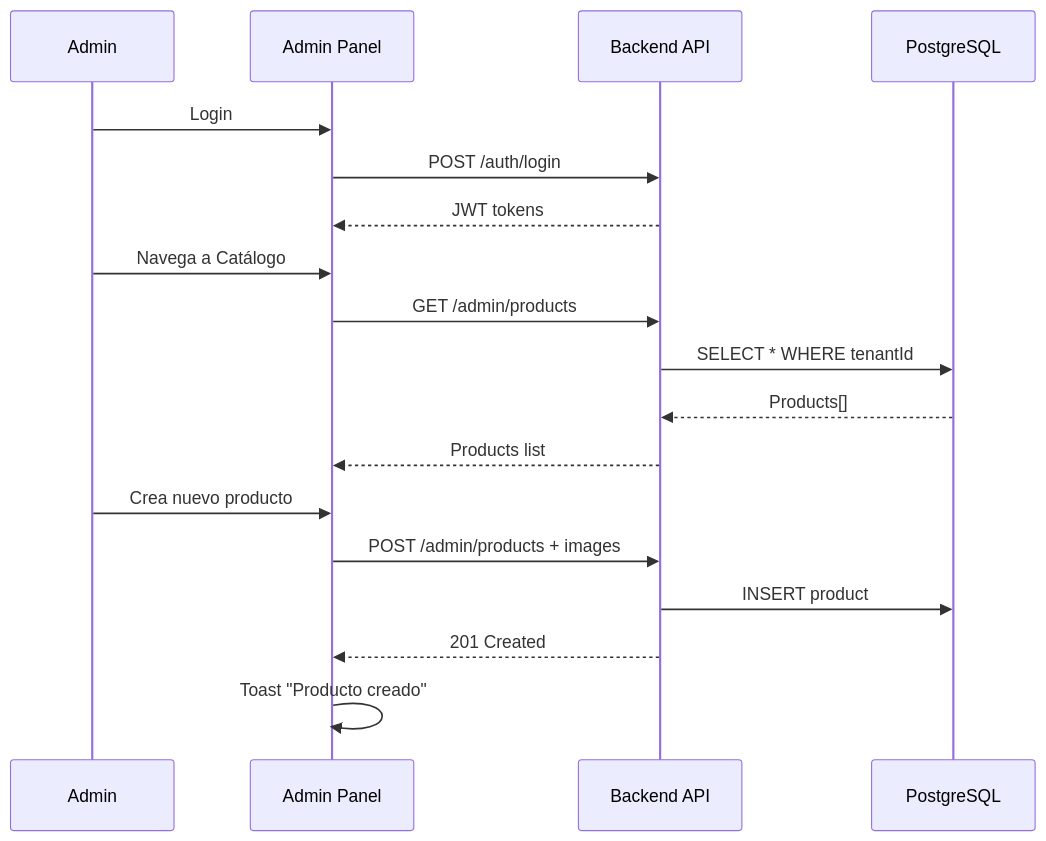
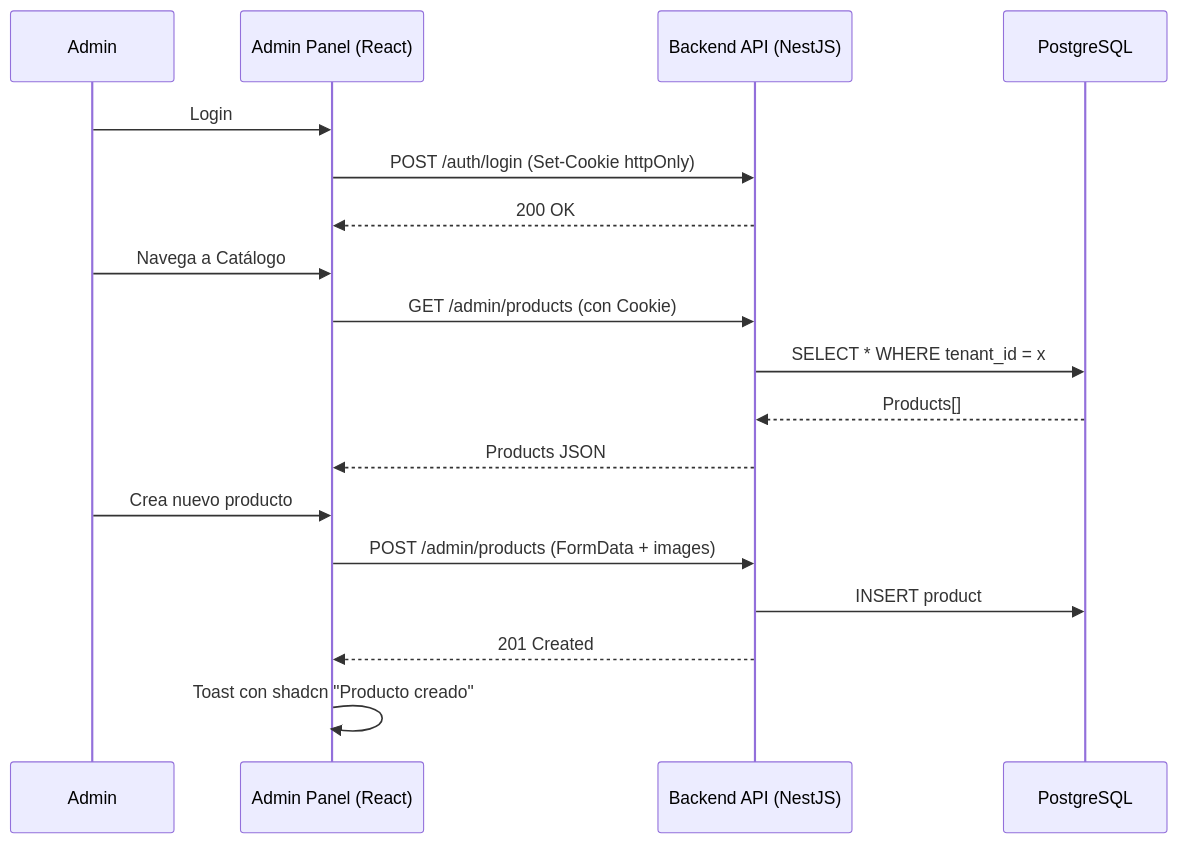
The third of 4 diagrams in openspec/specs/project.md (fernandomurguiadev/picky-app), drawn with Mermaid before and after one commit. The commit also changed other lines of this file and 28 other files, not shown here.

````diff
--- a/openspec/specs/project.md
+++ b/openspec/specs/project.md
@@ -191,21 +190,21 @@
 ```mermaid
 sequenceDiagram
     participant A as Admin
-    participant Panel as Admin Panel
-    participant API as Backend API
+    participant Panel as Admin Panel (React)
+    participant API as Backend API (NestJS)
     participant DB as PostgreSQL
 
     A->>Panel: Login
-    Panel->>API: POST /auth/login
-    API-->>Panel: JWT tokens
+    Panel->>API: POST /auth/login (Set-Cookie httpOnly)
+    API-->>Panel: 200 OK
     A->>Panel: Navega a Catálogo
-    Panel->>API: GET /admin/products
-    API->>DB: SELECT * WHERE tenantId
+    Panel->>API: GET /admin/products (con Cookie)
+    API->>DB: SELECT * WHERE tenant_id = x
     DB-->>API: Products[]
-    API-->>Panel: Products list
+    API-->>Panel: Products JSON
     A->>Panel: Crea nuevo producto
-    Panel->>API: POST /admin/products + images
+    Panel->>API: POST /admin/products (FormData + images)
     API->>DB: INSERT product
     API-->>Panel: 201 Created
-    Panel->>Panel: Toast "Producto creado"
+    Panel->>Panel: Toast con shadcn "Producto creado"
 ```
````
